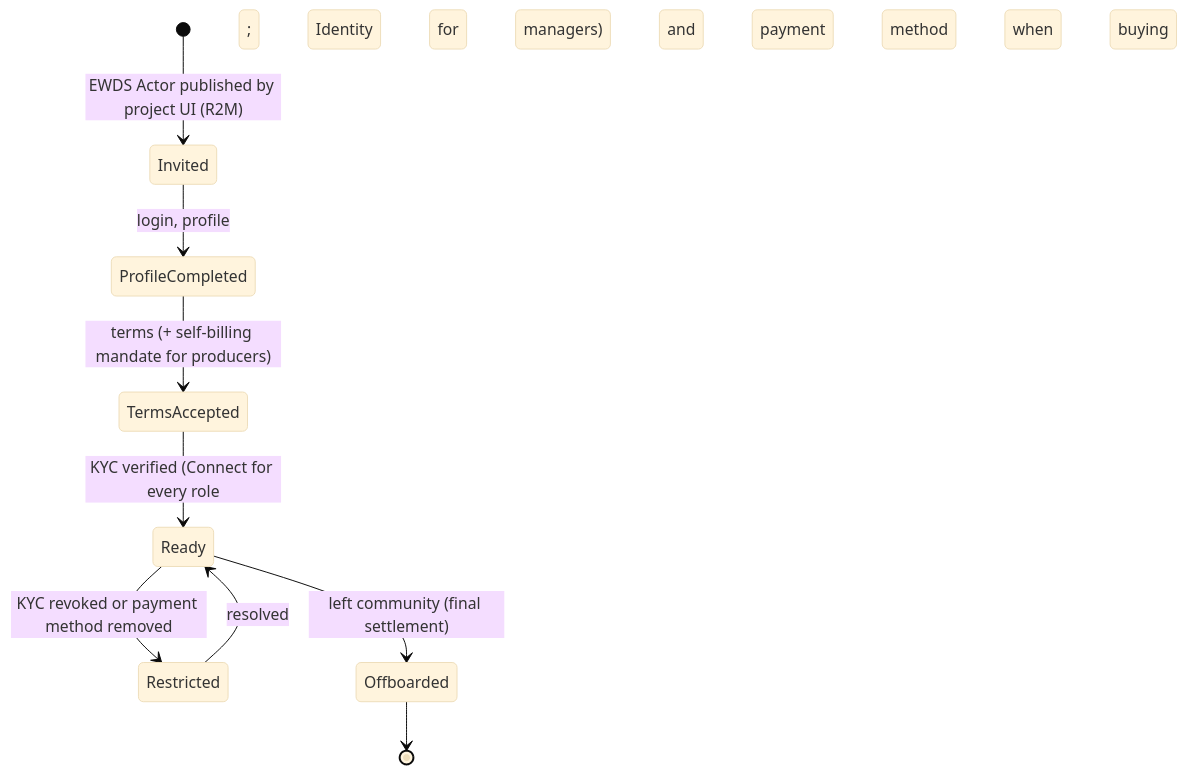
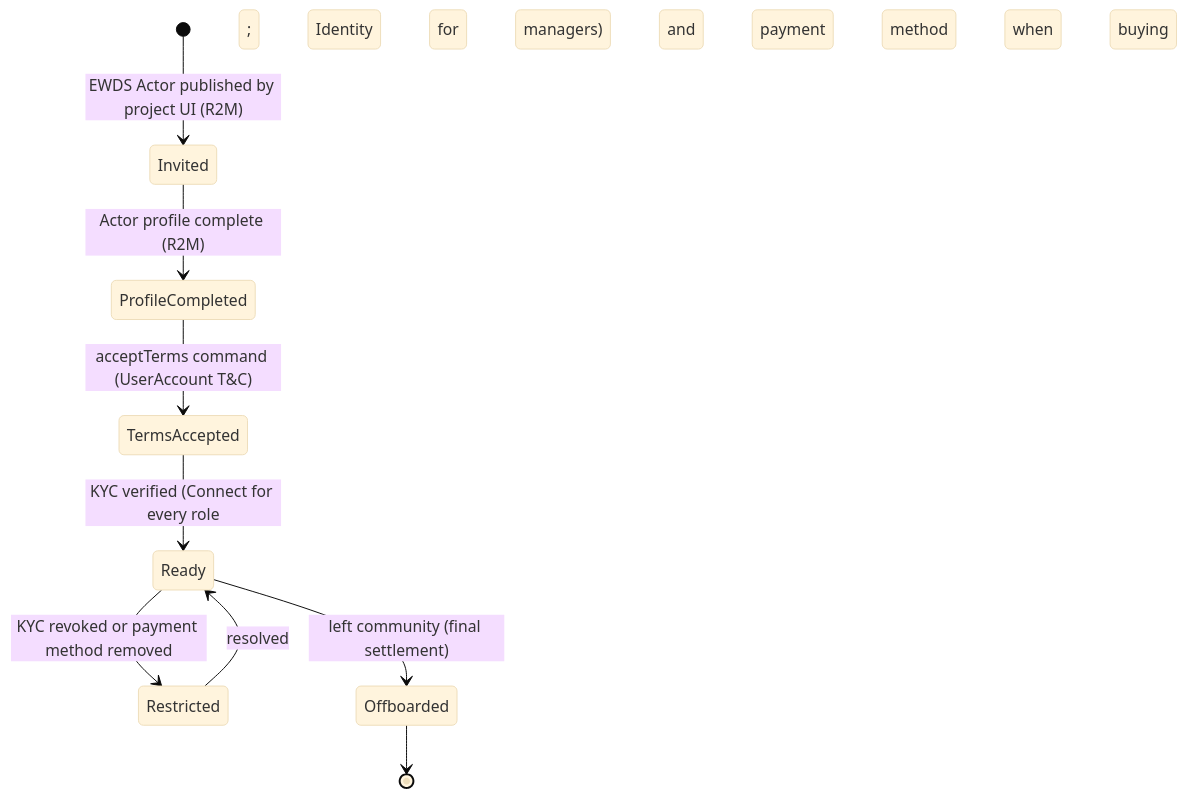
The tenth of 10 diagrams in docs/architecture/02-logical-architecture.md (blooo-io/intelligent-eu-bps-source), drawn with Mermaid (base theme) before and after one commit. The commit also changed other lines of this file and 15 other files, not shown here.

First line of the commit message:
docs(INT-449): ontology datamodel + scenario flows; align EWDS-only UserAccount (#223)

````diff
--- a/docs/architecture/02-logical-architecture.md
+++ b/docs/architecture/02-logical-architecture.md
@@ -361,12 +362,12 @@
 ```mermaid
 %% elk %%
 stateDiagram-v2
   [*] --> Invited: EWDS Actor published by project UI (R2M)
-  Invited --> ProfileCompleted: login, profile
-  ProfileCompleted --> TermsAccepted: terms (+ self-billing mandate for producers)
+  Invited --> ProfileCompleted: Actor profile complete (R2M)
+  ProfileCompleted --> TermsAccepted: acceptTerms command (UserAccount T&C)
   TermsAccepted --> Ready: KYC verified (Connect for every role; Identity for managers) and payment method when buying
   Ready --> Restricted: KYC revoked or payment method removed
   Restricted --> Ready: resolved
   Ready --> Offboarded: left community (final settlement)
   Offboarded --> [*]
 ```
````
